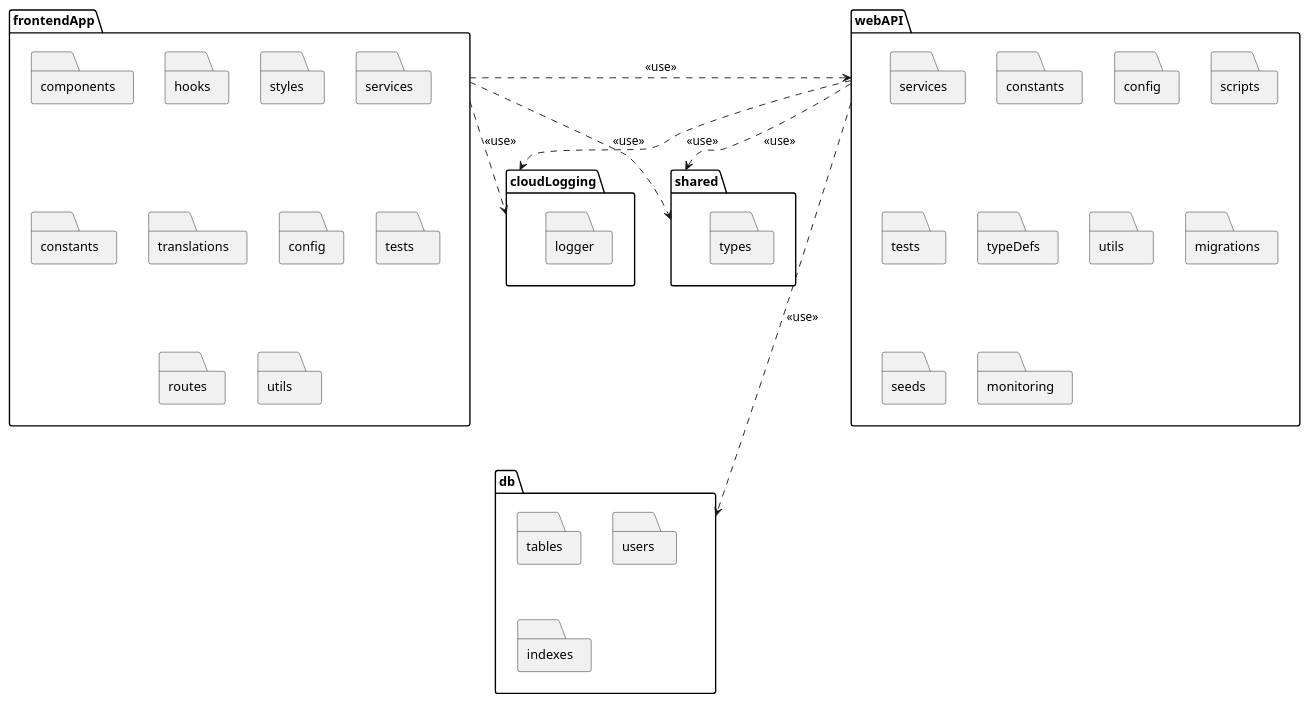
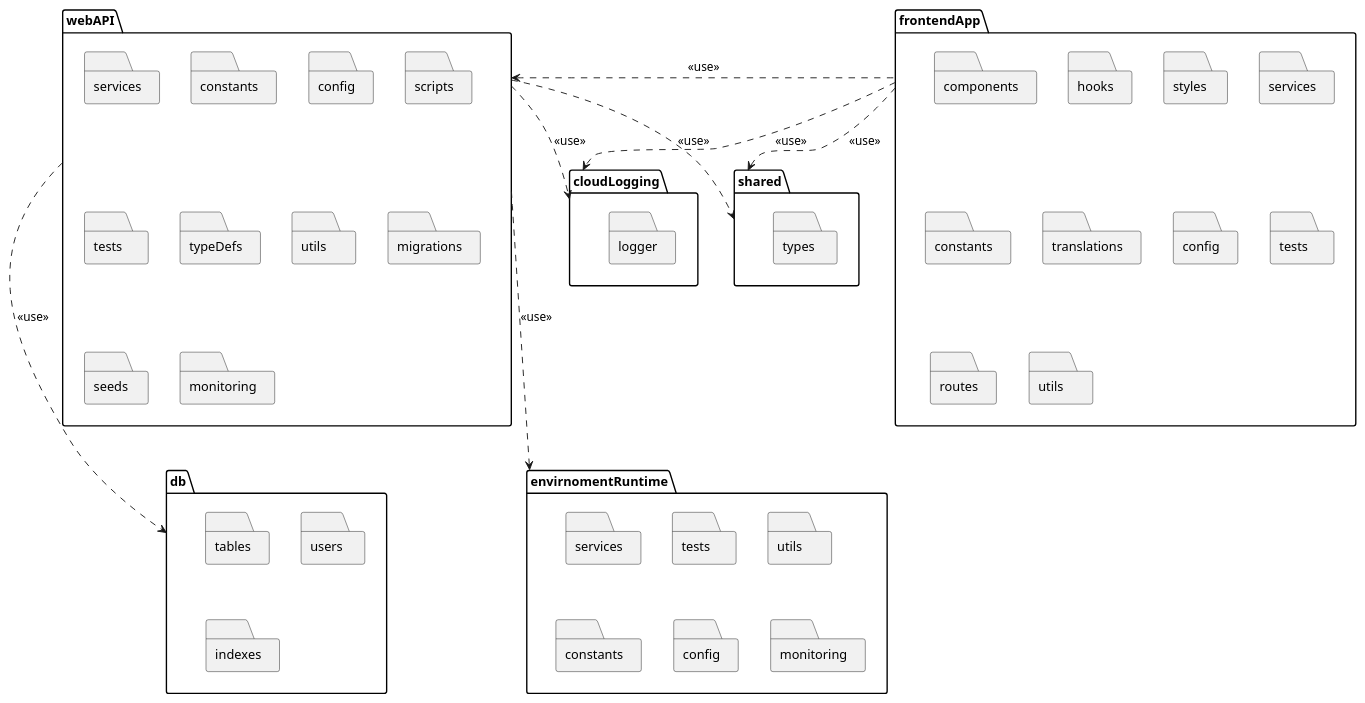
Before and after one commit to pehovorka/4IT575_architektury_docs: the diagram in assets/diagrams/src/soa/packages.puml, drawn with PlantUML. The commit also changed 1 other file, not shown here.

Commit message:
Add environment runtime to SOA packages diagram

```diff
--- a/assets/diagrams/src/soa/packages.puml
+++ b/assets/diagrams/src/soa/packages.puml
@@ -1,54 +1,65 @@
 @startuml
 package "frontendApp" as frontendApp {
     folder components as FEComponents
     folder hooks as hooks
     folder styles as styles
     folder services as FEServices
     folder constants as FEConstants
     folder translations as translations
     folder config as FEConfig
     folder tests as FETests
     folder routes as FERoutes
     folder utils as FEUtils
 }
 
 package "webAPI" as apiApp {
     folder services as BEServices
     folder constants as BEConstants
     folder config as BEConfig
     folder scripts as scripts
     folder tests as BETests
     folder typeDefs as typeDefs
     folder utils as BEUtils
     folder migrations as migrations
     folder seeds as seeds
-    folder monitoring as monitoring
+    folder monitoring as BEMonitoring
+}
+
+package "envirnomentRuntime" as envRuntime {
+    folder services as runtimeServices
+    folder tests as runtimeTests
+    folder utils as runtimeUtils
+    folder constants as runtimeConstants
+    folder config as runtimeConfig
+    folder monitoring as runtimeMonitoring
 }
 
 package "shared" as sharedRepo {
     folder types
 }
 
 package "db" as db {
     folder tables
     folder users
     folder indexes
 }
 
 package "cloudLogging" as logging {
     folder logger
 }
 
 
 frontendApp ..> sharedRepo: <<use>>
 apiApp ..> sharedRepo: <<use>>
 
 frontendApp ..> logging: <<use>>
 apiApp ..> logging: <<use>>
 
 apiApp ..> db: <<use>>
 
 frontendApp .up.> apiApp: <<use>>
 
+apiApp .right.> envRuntime: <<use>>
+
 
 @enduml
```
